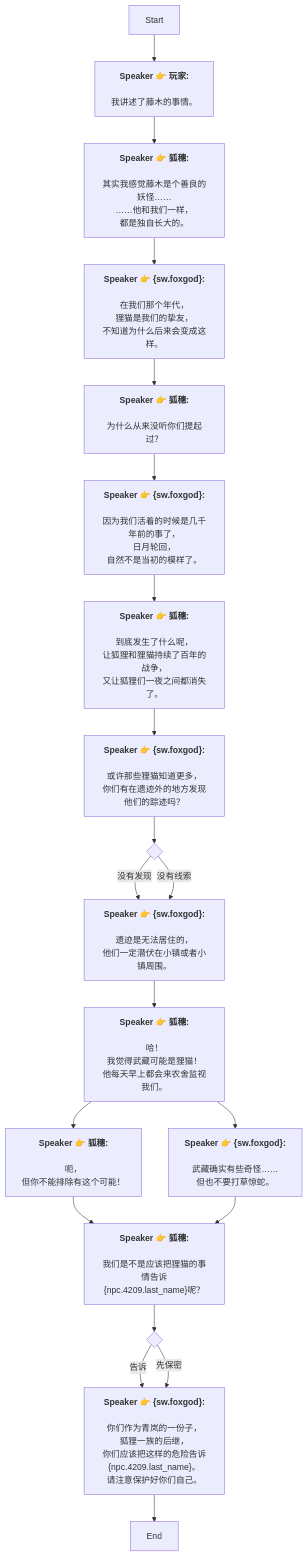
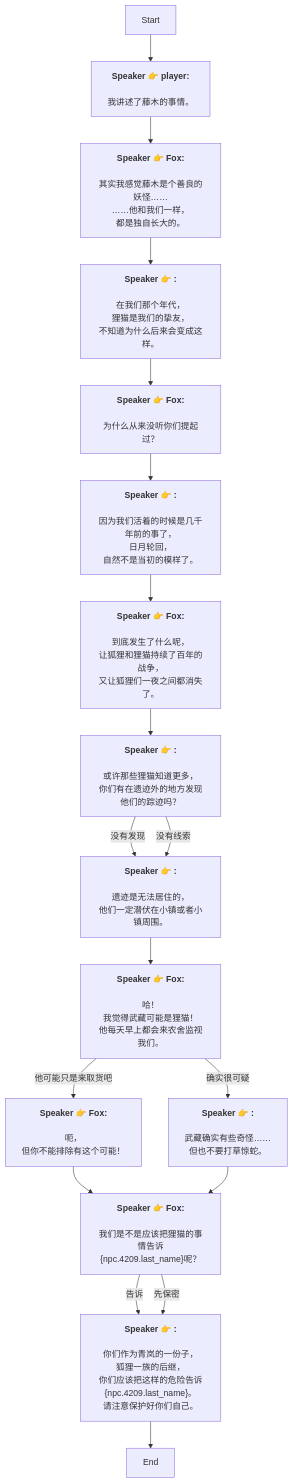
The diagram in Zh/FoxShrine.md (SoftHu/tos_avg), drawn with Mermaid before and after one commit. The commit also changed 737 other files, not shown here.

````diff
--- a/Zh/FoxShrine.md
+++ b/Zh/FoxShrine.md
@@ -1,76 +1,56 @@
 ```mermaid
 graph
-Start -->1761914154096955[<b>Speaker 👉 玩家:</b>
-
-我讲述了藤木的事情。]
-1761914154096955 -->1761914208560445[<b>Speaker 👉 狐穗:</b>
-
-其实我感觉藤木是个善良的妖怪……
+Start -->1761914154096955[<b>Speaker 👉 player:</b>
+\n我讲述了藤木的事情。]
+1761914154096955 -->1761914208560445[<b>Speaker 👉 Fox:</b>
+\n其实我感觉藤木是个善良的妖怪……
 ……他和我们一样，
 都是独自长大的。]
-1761914208560445 -->1761914176858428[<b>Speaker 👉 &lbrace;sw.foxgod&rbrace;:</b>
-
-在我们那个年代，
+1761914208560445 -->1761914176858428[<b>Speaker 👉 :</b>
+\n在我们那个年代，
 狸猫是我们的挚友，
 不知道为什么后来会变成这样。]
-1761914176858428 -->1761914238160190[<b>Speaker 👉 狐穗:</b>
-
-为什么从来没听你们提起过？]
-1761914238160190 -->1761914250049855[<b>Speaker 👉 &lbrace;sw.foxgod&rbrace;:</b>
-
-因为我们活着的时候是几千年前的事了，
+1761914176858428 -->1761914238160190[<b>Speaker 👉 Fox:</b>
+\n为什么从来没听你们提起过？]
+1761914238160190 -->1761914250049855[<b>Speaker 👉 :</b>
+\n因为我们活着的时候是几千年前的事了，
 日月轮回，
 自然不是当初的模样了。]
-1761914250049855 -->1761914266264896[<b>Speaker 👉 狐穗:</b>
-
-到底发生了什么呢，
+1761914250049855 -->1761914266264896[<b>Speaker 👉 Fox:</b>
+\n到底发生了什么呢，
 让狐狸和狸猫持续了百年的战争，
 又让狐狸们一夜之间都消失了。]
-1761914266264896 -->1761914284779841[<b>Speaker 👉 &lbrace;sw.foxgod&rbrace;:</b>
-
-或许那些狸猫知道更多，
+1761914266264896 -->1761914284779841[<b>Speaker 👉 :</b>
+\n或许那些狸猫知道更多，
 你们有在遗迹外的地方发现他们的踪迹吗？]
-1761914284779841 -->1761914295979330{ }
-1761914295979330 -->|没有发现|1761914321836360[<b>Speaker 👉 &lbrace;sw.foxgod&rbrace;:</b>
-
-遗迹是无法居住的，
+1761914284779841 -->|没有发现|1761914321836360[<b>Speaker 👉 :</b>
+\n遗迹是无法居住的，
 他们一定潜伏在小镇或者小镇周围。]
-1761914295979330 -->|没有线索|1761914321836360[<b>Speaker 👉 &lbrace;sw.foxgod&rbrace;:</b>
-
-遗迹是无法居住的，
+1761914284779841 -->|没有线索|1761914321836360[<b>Speaker 👉 :</b>
+\n遗迹是无法居住的，
 他们一定潜伏在小镇或者小镇周围。]
-1761914321836360 -->1761914336786761[<b>Speaker 👉 狐穗:</b>
-
-哈！
+1761914321836360 -->1761914336786761[<b>Speaker 👉 Fox:</b>
+\n哈！
 我觉得武藏可能是狸猫！
 他每天早上都会来农舍监视我们。]
-1761914336786761 -->1761914365450575[<b>Speaker 👉 狐穗:</b>
+1761914336786761 -->|他可能只是来取货吧|1761914365450575[<b>Speaker 👉 Fox:</b>
+\n呃，
+但你不能排除有这个可能！]
+1761914336786761 -->|确实很可疑|1761914443819346[<b>Speaker 👉 :</b>
+\n武藏确实有些奇怪……
+但也不要打草惊蛇。]
+1761914365450575 -->1761914371688784[<b>Speaker 👉 Fox:</b>
+\n我们是不是应该把狸猫的事情告诉&lbrace;npc.4209.last_name&rbrace;呢？]
+1761914371688784 -->|告诉|1761914485231961[<b>Speaker 👉 :</b>
+\n你们作为青岚的一份子，
+狐狸一族的后继，
+你们应该把这样的危险告诉&lbrace;npc.4209.last_name&rbrace;。\n请注意保护好你们自己。]
+1761914371688784 -->|先保密|1761914485231961[<b>Speaker 👉 :</b>
+\n你们作为青岚的一份子，
+狐狸一族的后继，
+你们应该把这样的危险告诉&lbrace;npc.4209.last_name&rbrace;。\n请注意保护好你们自己。]
+1761914485231961 -->1761914621797722[End]
+1761914443819346 -->1761914371688784[<b>Speaker 👉 Fox:</b>
+\n我们是不是应该把狸猫的事情告诉&lbrace;npc.4209.last_name&rbrace;呢？]
 
-呃，
-但你不能排除有这个可能！]
-1761914336786761 -->1761914443819346[<b>Speaker 👉 &lbrace;sw.foxgod&rbrace;:</b>
-
-武藏确实有些奇怪……
-但也不要打草惊蛇。]
-1761914365450575 -->1761914371688784[<b>Speaker 👉 狐穗:</b>
-
-我们是不是应该把狸猫的事情告诉&lbrace;npc.4209.last_name&rbrace;呢？]
-1761914371688784 -->1761914466428247{ }
-1761914466428247 -->|告诉|1761914485231961[<b>Speaker 👉 &lbrace;sw.foxgod&rbrace;:</b>
-
-你们作为青岚的一份子，
-狐狸一族的后继，
-你们应该把这样的危险告诉&lbrace;npc.4209.last_name&rbrace;。
-请注意保护好你们自己。]
-1761914466428247 -->|先保密|1761914485231961[<b>Speaker 👉 &lbrace;sw.foxgod&rbrace;:</b>
-
-你们作为青岚的一份子，
-狐狸一族的后继，
-你们应该把这样的危险告诉&lbrace;npc.4209.last_name&rbrace;。
-请注意保护好你们自己。]
-1761914485231961 -->1761914621797722[End]
-1761914443819346 -->1761914371688784[<b>Speaker 👉 狐穗:</b>
-
-我们是不是应该把狸猫的事情告诉&lbrace;npc.4209.last_name&rbrace;呢？]
-
- ```
+```
````
